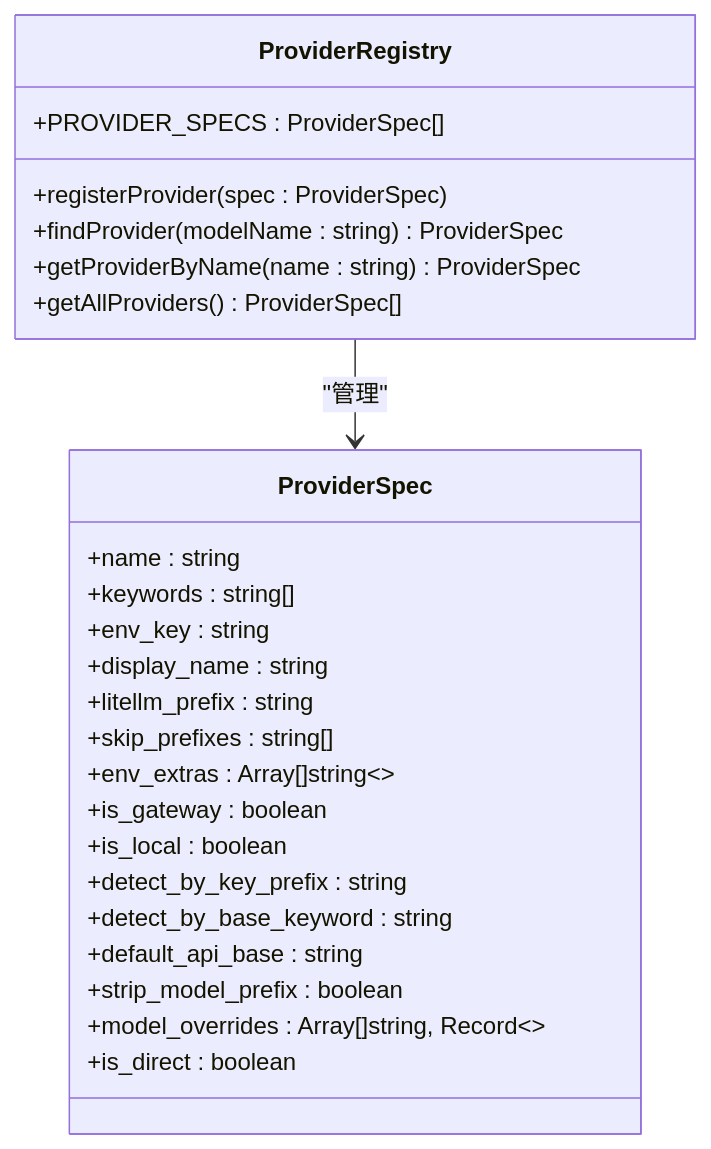
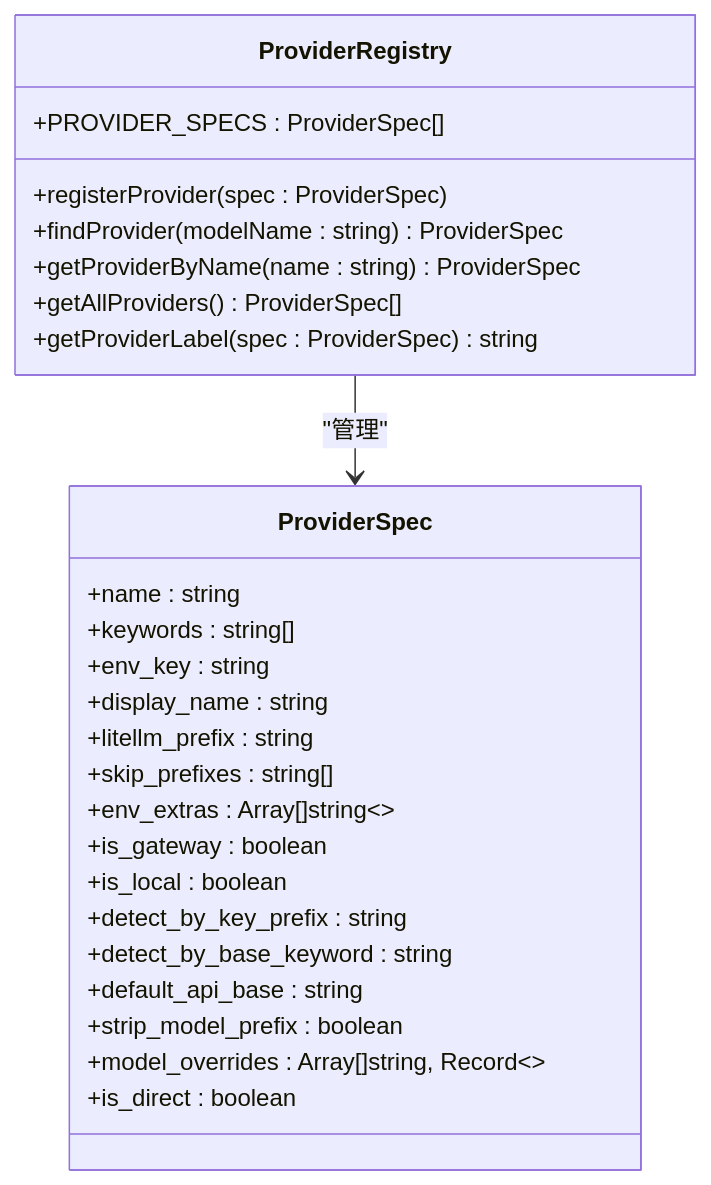
One commit to neciszhang/batbot changed the fifth of 11 diagrams in .qoder/repowiki/zh/content/配置系统/提供者注册系统.md. Above: the diagram before and after it, drawn with Mermaid. The commit also changed other lines of this file and 4 other files, not shown here.

````diff
--- a/.qoder/repowiki/zh/content/配置系统/提供者注册系统.md
+++ b/.qoder/repowiki/zh/content/配置系统/提供者注册系统.md
@@ -237,28 +249,29 @@
 ```mermaid
 classDiagram
 class ProviderSpec {
 +name : string
 +keywords : string[]
 +env_key : string
 +display_name : string
 +litellm_prefix : string
 +skip_prefixes : string[]
 +env_extras : Array[]string~~
 +is_gateway : boolean
 +is_local : boolean
 +detect_by_key_prefix : string
 +detect_by_base_keyword : string
 +default_api_base : string
 +strip_model_prefix : boolean
 +model_overrides : Array[]string, Record~~
 +is_direct : boolean
 }
 class ProviderRegistry {
 +PROVIDER_SPECS : ProviderSpec[]
 +registerProvider(spec : ProviderSpec)
 +findProvider(modelName : string) ProviderSpec
 +getProviderByName(name : string) ProviderSpec
 +getAllProviders() ProviderSpec[]
++getProviderLabel(spec : ProviderSpec) string
 }
 ProviderRegistry --> ProviderSpec : "管理"
 ```
````
